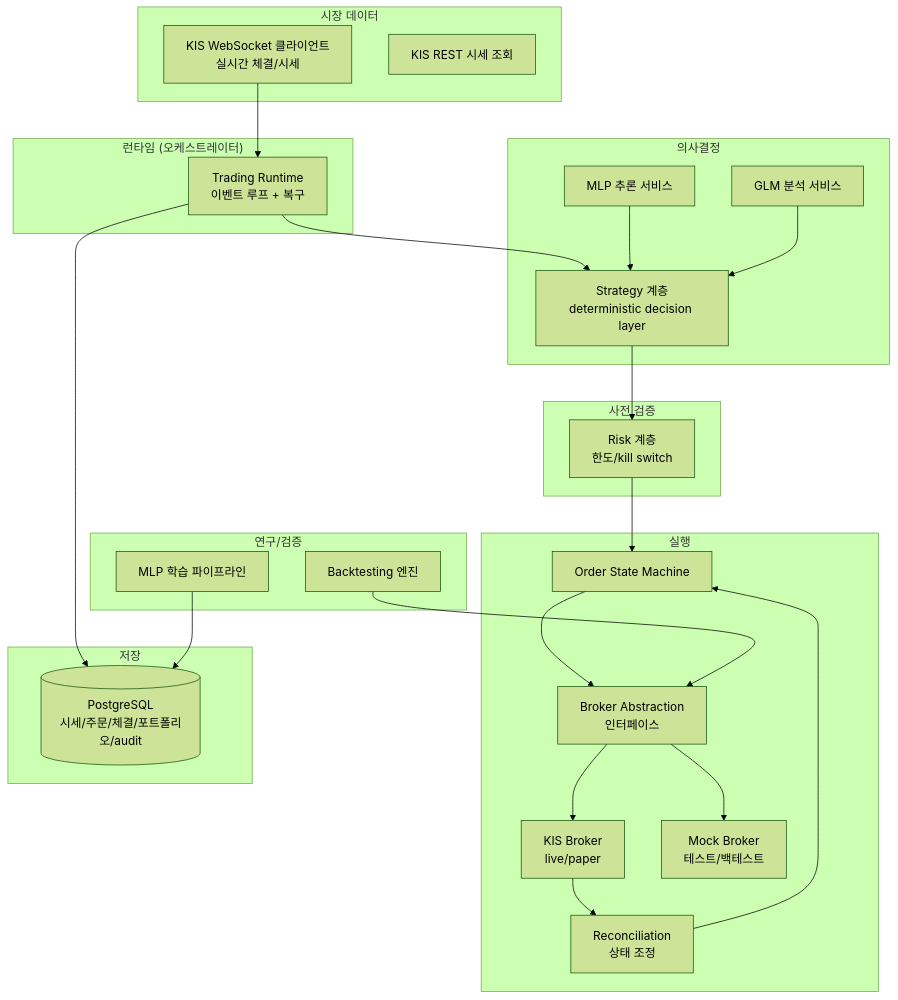
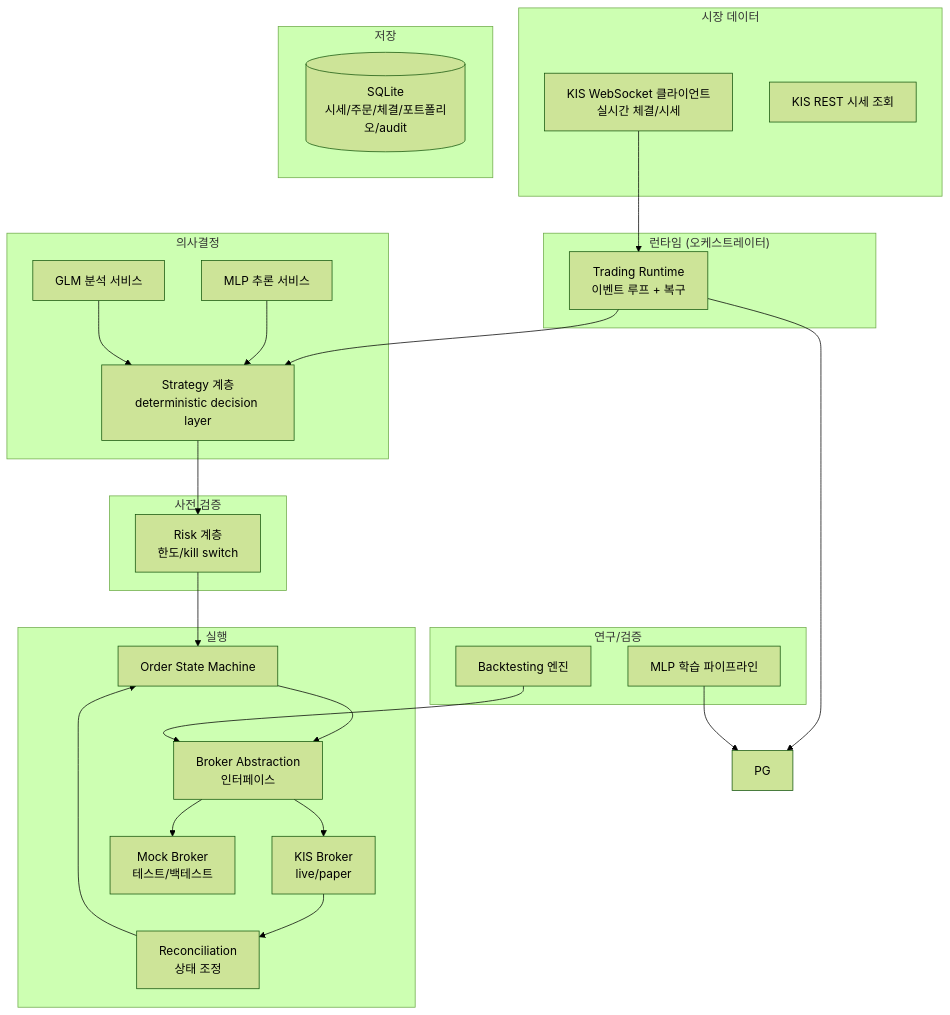
Before and after one commit to kybird/LossFunction: the first of 2 diagrams in docs/architecture.md, drawn with Mermaid (forest theme). The commit also changed other lines of this file and 17 other files, not shown here.

First line of the commit message:
Switch storage layer from PostgreSQL to SQLite (WAL)

````diff
--- a/docs/architecture.md
+++ b/docs/architecture.md
@@ -17,53 +17,53 @@
 ```mermaid
 graph TB
     subgraph Runtime["런타임 (오케스트레이터)"]
         ORCH[Trading Runtime<br/>이벤트 루프 + 복구]
     end
 
     subgraph MarketData["시장 데이터"]
         KIS_WS[KIS WebSocket 클라이언트<br/>실시간 체결/시세]
         KIS_REST_MD[KIS REST 시세 조회]
     end
 
     subgraph Decision["의사결정"]
         STRAT[Strategy 계층<br/>deterministic decision layer]
         MLP_SVC[MLP 추론 서비스]
         GLM_SVC[GLM 분석 서비스]
     end
 
     subgraph Guard["사전 검증"]
         RISK[Risk 계층<br/>한도/kill switch]
     end
 
     subgraph Execution["실행"]
         BROKER_IFace[Broker Abstraction<br/>인터페이스]
         KIS_BROKER[KIS Broker<br/>live/paper]
         MOCK_BROKER[Mock Broker<br/>테스트/백테스트]
         OSM[Order State Machine]
         RECON[Reconciliation<br/>상태 조정]
     end
 
     subgraph Persistence["저장"]
-        PG[(PostgreSQL<br/>시세/주문/체결/포트폴리오/audit)]
+        DB[(SQLite<br/>시세/주문/체결/포트폴리오/audit)]
     end
 
     subgraph Research["연구/검증"]
         BACKTEST[Backtesting 엔진]
         MLP_TRAIN[MLP 학습 파이프라인]
     end
 
     KIS_WS --> ORCH
     ORCH --> STRAT
     STRAT --> RISK
     RISK --> OSM
     OSM --> BROKER_IFace
     BROKER_IFace --> KIS_BROKER
     BROKER_IFace --> MOCK_BROKER
     KIS_BROKER --> RECON
     RECON --> OSM
     ORCH --> PG
     MLP_SVC --> STRAT
     GLM_SVC --> STRAT
     BACKTEST --> BROKER_IFace
     MLP_TRAIN --> PG
 ```
````
